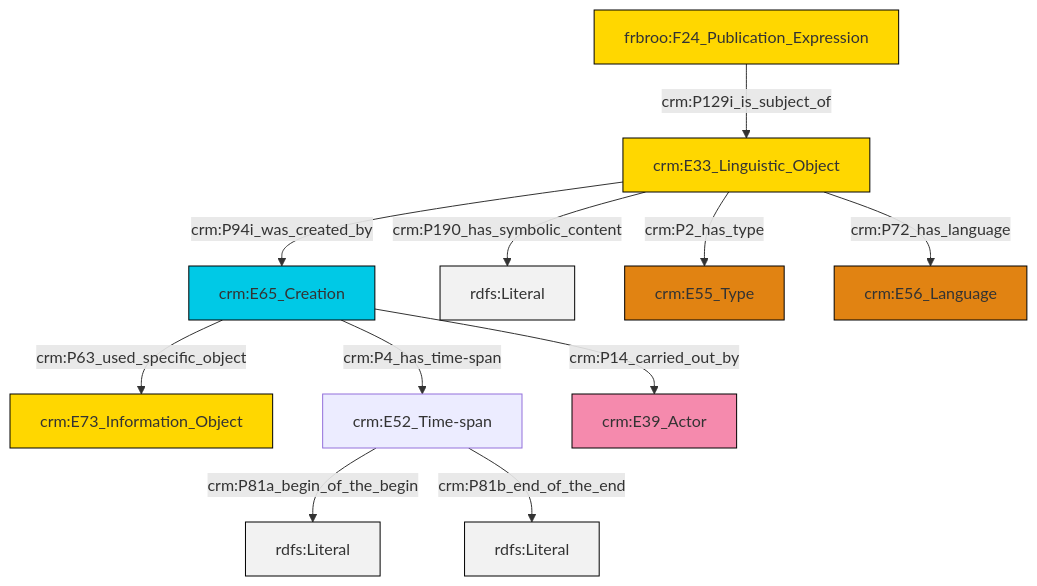
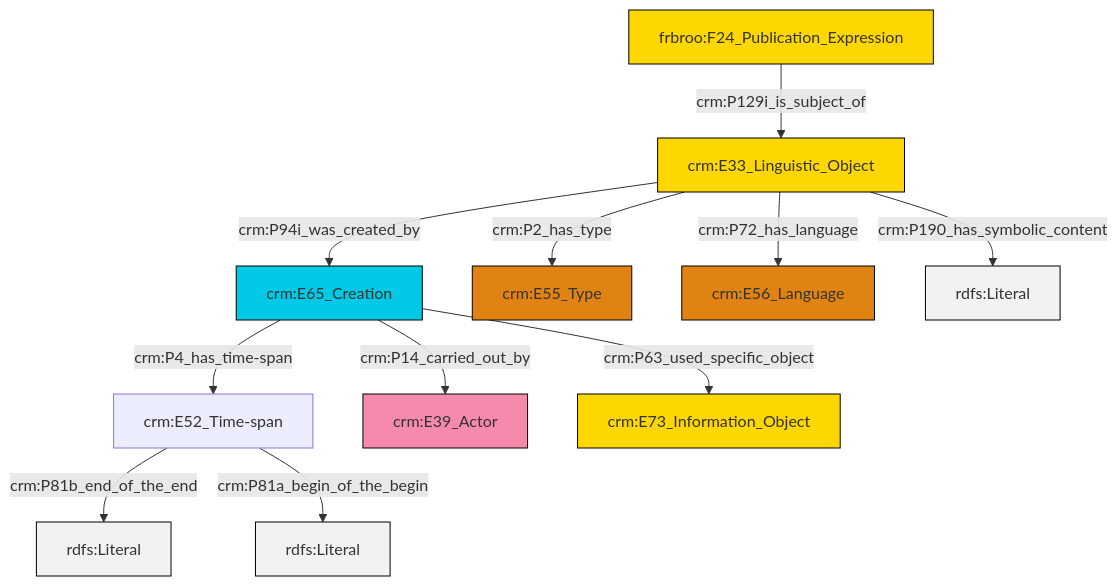
One commit to swiss-art-research-net/reference-data-models changed the diagram in et/biblioCSV/ttl/mmd/biblio_description.ttl.mmd. Above: the diagram before and after it, drawn with Mermaid. The commit also changed 119 other files, not shown here.

```diff
--- a/et/biblioCSV/ttl/mmd/biblio_description.ttl.mmd
+++ b/et/biblioCSV/ttl/mmd/biblio_description.ttl.mmd
@@ -1,25 +1,25 @@
 graph TD
 classDef Literal fill:#f2f2f2,stroke:#000000;
 classDef CRM_Entity fill:#FFFFFF,stroke:#000000;
 classDef Temporal_Entity fill:#00C9E6, stroke:#000000;
 classDef Type fill:#E18312, stroke:#000000;
 classDef Time-Span fill:#2C9C91, stroke:#000000;
 classDef Appellation fill:#FFEB7F, stroke:#000000;
 classDef Place fill:#008836, stroke:#000000;
 classDef Persistent_Item fill:#B266B2, stroke:#000000;
 classDef Conceptual_Object fill:#FFD700, stroke:#000000;
 classDef Physical_Thing fill:#D2B48C, stroke:#000000;
 classDef Actor fill:#f58aad, stroke:#000000;
 classDef PC_Classes fill:#4ce600, stroke:#000000;
 classDef Multi fill:#cccccc,stroke:#000000;
 
-6["crm:E65_Creation"]:::Temporal_Entity -->|crm:P14_carried_out_by| 4["crm:E39_Actor"]:::Actor
-6["crm:E65_Creation"]:::Temporal_Entity -->|crm:P4_has_time-span| 2["crm:E52_Time-span"]:::Default
-7["crm:E33_Linguistic_Object"]:::Conceptual_Object -->|crm:P190_has_symbolic_content| 8[rdfs:Literal]:::Literal
-7["crm:E33_Linguistic_Object"]:::Conceptual_Object -->|crm:P2_has_type| 9["crm:E55_Type"]:::Type
-2["crm:E52_Time-span"]:::Default -->|crm:P81a_begin_of_the_begin| 12[rdfs:Literal]:::Literal
-7["crm:E33_Linguistic_Object"]:::Conceptual_Object -->|crm:P72_has_language| 13["crm:E56_Language"]:::Type
-6["crm:E65_Creation"]:::Temporal_Entity -->|crm:P63_used_specific_object| 0["crm:E73_Information_Object"]:::Conceptual_Object
-16["frbroo:F24_Publication_Expression"]:::Conceptual_Object -->|crm:P129i_is_subject_of| 7["crm:E33_Linguistic_Object"]:::Conceptual_Object
-7["crm:E33_Linguistic_Object"]:::Conceptual_Object -->|crm:P94i_was_created_by| 6["crm:E65_Creation"]:::Temporal_Entity
-2["crm:E52_Time-span"]:::Default -->|crm:P81b_end_of_the_end| 18[rdfs:Literal]:::Literal
+0["crm:E52_Time-span"]:::Default -->|crm:P81b_end_of_the_end| 1[rdfs:Literal]:::Literal
+2["crm:E65_Creation"]:::Temporal_Entity -->|crm:P4_has_time-span| 0["crm:E52_Time-span"]:::Default
+2["crm:E65_Creation"]:::Temporal_Entity -->|crm:P14_carried_out_by| 3["crm:E39_Actor"]:::Actor
+2["crm:E65_Creation"]:::Temporal_Entity -->|crm:P63_used_specific_object| 4["crm:E73_Information_Object"]:::Conceptual_Object
+5["crm:E33_Linguistic_Object"]:::Conceptual_Object -->|crm:P94i_was_created_by| 2["crm:E65_Creation"]:::Temporal_Entity
+5["crm:E33_Linguistic_Object"]:::Conceptual_Object -->|crm:P72_has_language| 9["crm:E56_Language"]:::Type
+0["crm:E52_Time-span"]:::Default -->|crm:P81a_begin_of_the_begin| 13[rdfs:Literal]:::Literal
+5["crm:E33_Linguistic_Object"]:::Conceptual_Object -->|crm:P2_has_type| 7["crm:E55_Type"]:::Type
+5["crm:E33_Linguistic_Object"]:::Conceptual_Object -->|crm:P190_has_symbolic_content| 15[rdfs:Literal]:::Literal
+16["frbroo:F24_Publication_Expression"]:::Conceptual_Object -->|crm:P129i_is_subject_of| 5["crm:E33_Linguistic_Object"]:::Conceptual_Object
```
